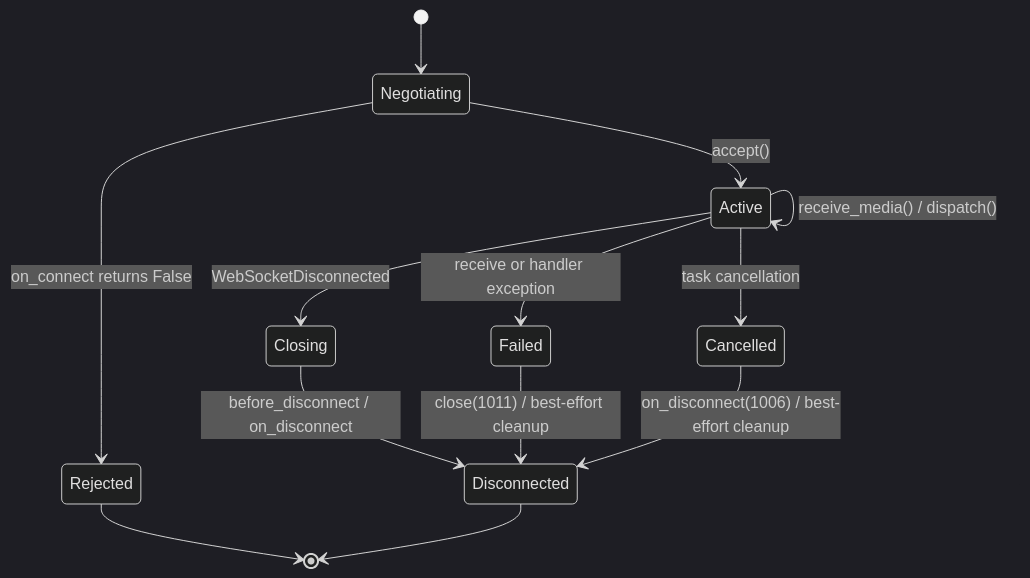
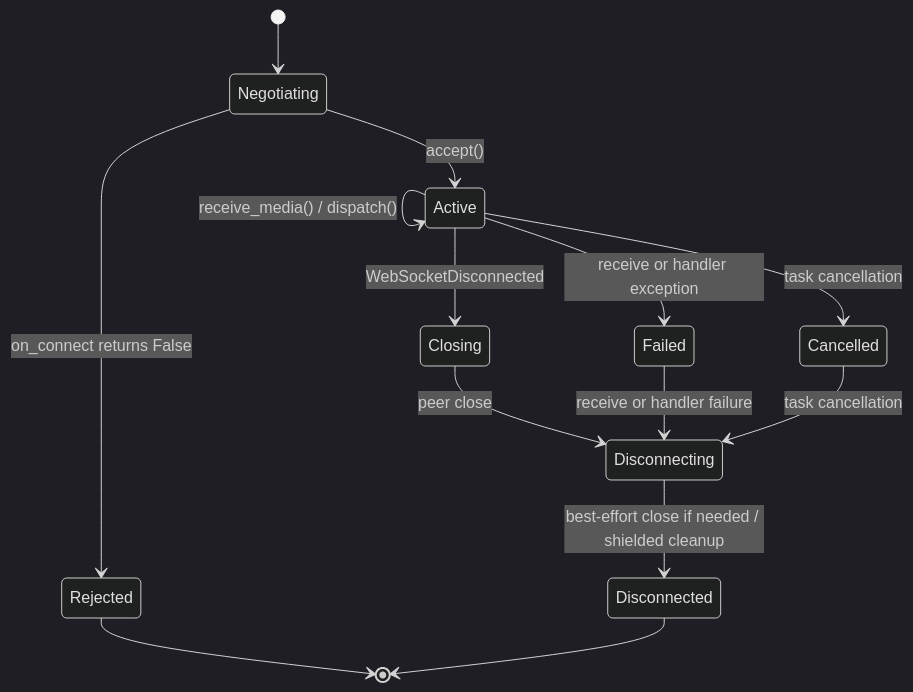
Before and after one commit to leynos/falcon-pachinko: diagram 14 of 20 in docs/falcon-websocket-extension-design.md, drawn with Mermaid (dark theme). The commit also changed other lines of this file and 63 other files, not shown here.

First line of the commit message:
Complete WebSocketResource disconnect lifecycle and close-code semantics (#177) (#245)

````diff
--- a/docs/falcon-websocket-extension-design.md
+++ b/docs/falcon-websocket-extension-design.md
@@ -1650,17 +1698,18 @@
 ```mermaid
 stateDiagram-v2
     accTitle: WebSocket session state transitions
     accDescr: Negotiation accepts or rejects. Active dispatches until close, error, or cancellation; cleanup follows.
     [*] --> Negotiating
     Negotiating --> Rejected: on_connect returns False
     Negotiating --> Active: accept()
     Active --> Active: receive_media() / dispatch()
     Active --> Closing: WebSocketDisconnected
     Active --> Failed: receive or handler exception
     Active --> Cancelled: task cancellation
-    Closing --> Disconnected: before_disconnect / on_disconnect
-    Failed --> Disconnected: close(1011) / best-effort cleanup
-    Cancelled --> Disconnected: on_disconnect(1006) / best-effort cleanup
+    Closing --> Disconnecting: peer close
+    Failed --> Disconnecting: receive or handler failure
+    Cancelled --> Disconnecting: task cancellation
+    Disconnecting --> Disconnected: best-effort close if needed / shielded cleanup
     Rejected --> [*]
     Disconnected --> [*]
 ```
````
